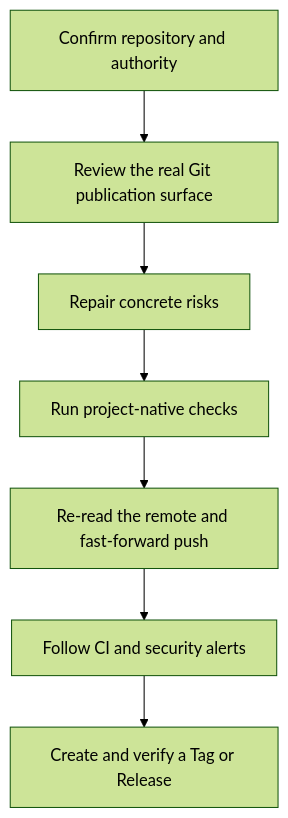
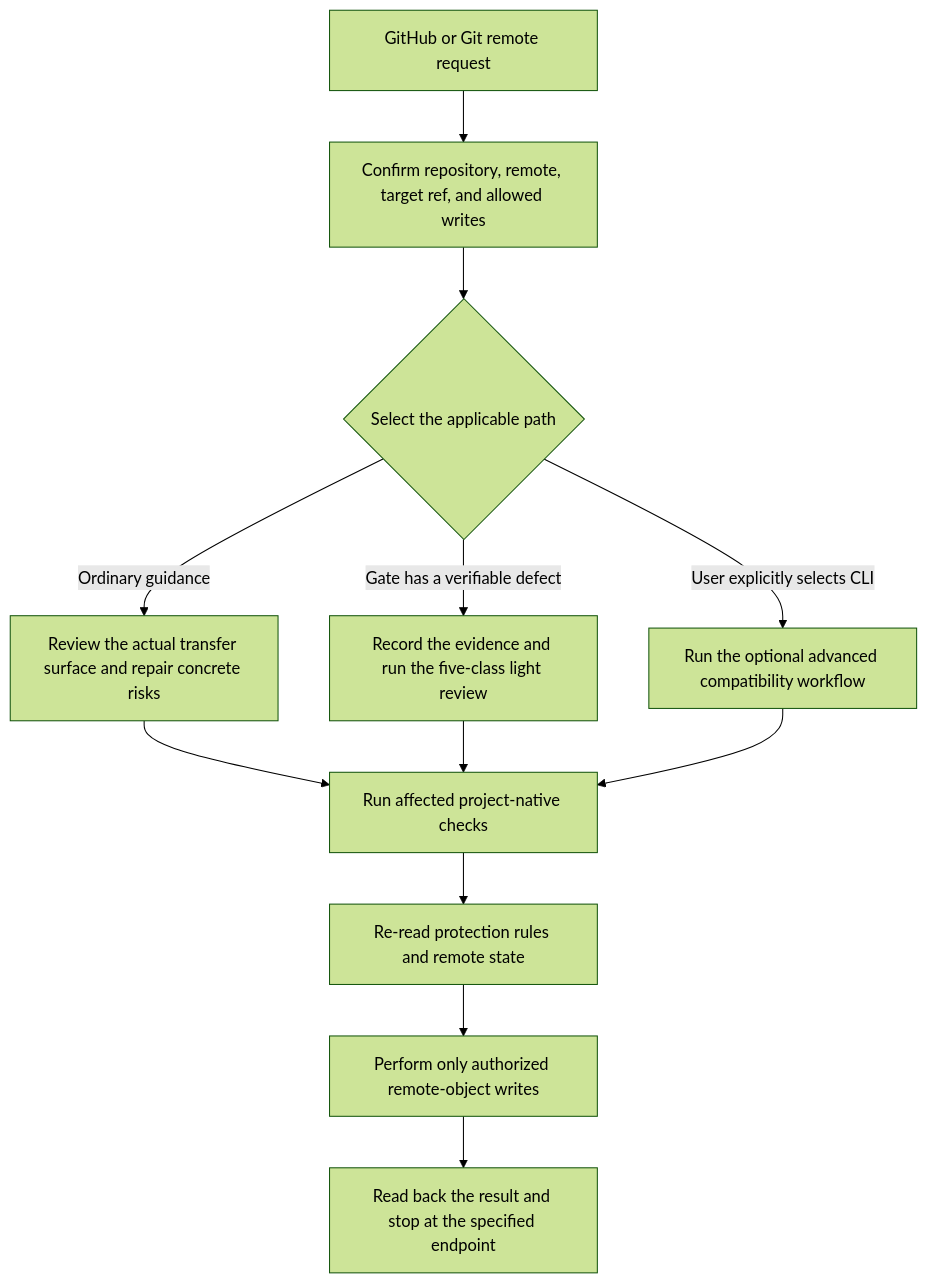
The diagram in README.en.md (AIALRA-0/agent-github-safe-publish), drawn with Mermaid (forest theme) before and after one commit. The commit also changed other lines of this file and 16 other files, not shown here.

Commit message:
fix: bound safe publication guidance

````diff
--- a/README.en.md
+++ b/README.en.md
@@ -23,9 +24,14 @@
 ```mermaid
 flowchart TD
-    A[Confirm repository and authority] --> B[Review the real Git publication surface]
-    B --> C[Repair concrete risks]
-    C --> D[Run project-native checks]
-    D --> E[Re-read the remote and fast-forward push]
-    E --> F[Follow CI and security alerts]
-    F --> G[Create and verify a Tag or Release]
+    A[GitHub or Git remote request] --> B[Confirm repository, remote, target ref, and allowed writes]
+    B --> C{Select the applicable path}
+    C -->|Ordinary guidance| D[Review the actual transfer surface and repair concrete risks]
+    C -->|Gate has a verifiable defect| E[Record the evidence and run the five-class light review]
+    C -->|User explicitly selects CLI| F[Run the optional advanced compatibility workflow]
+    D --> G[Run affected project-native checks]
+    E --> G
+    F --> G
+    G --> H[Re-read protection rules and remote state]
+    H --> I[Perform only authorized remote-object writes]
+    I --> J[Read back the result and stop at the specified endpoint]
 ```
````
